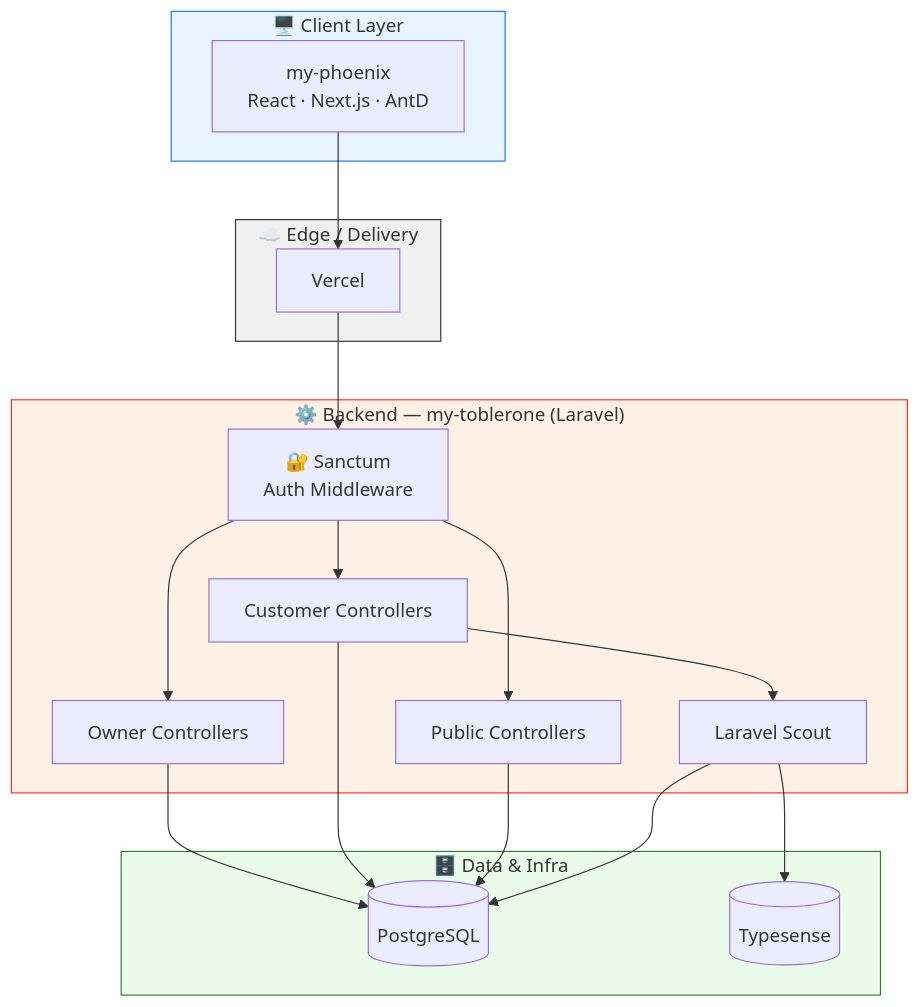
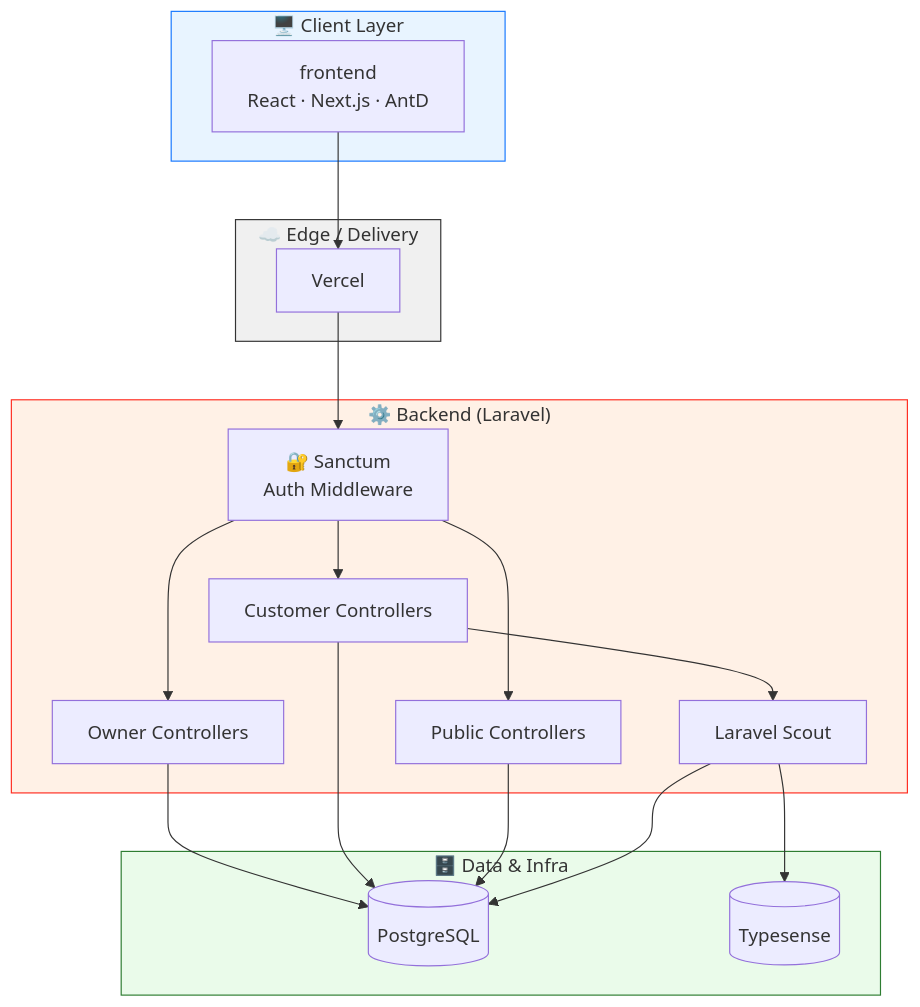
The first of 4 diagrams in README.md (azfarnayyan-dubizzle/TableSetter), drawn with Mermaid before and after one commit. The commit also changed other lines of this file and 144 other files, not shown here.

````diff
--- a/README.md
+++ b/README.md
@@ -91,38 +89,38 @@
 ```mermaid
 flowchart TB
     subgraph Client["🖥️ Client Layer"]
-        A["my-phoenix<br/>React · Next.js · AntD"]
+        A["frontend<br/>React · Next.js · AntD"]
     end
 
     subgraph Edge["☁️ Edge / Delivery"]
         V["Vercel"]
     end
 
-    subgraph API["⚙️ Backend — my-toblerone (Laravel)"]
+    subgraph API["⚙️ Backend (Laravel)"]
         S["🔐 Sanctum<br/>Auth Middleware"]
         C1["Owner Controllers"]
         C2["Customer Controllers"]
         C3["Public Controllers"]
         Scout["Laravel Scout"]
     end
 
     subgraph Data["🗄️ Data & Infra"]
         PG[("PostgreSQL")]
         TS[("Typesense")]
     end
 
     A --> V --> S
     S --> C1
     S --> C2
     S --> C3
     C1 --> PG
     C2 --> PG
     C3 --> PG
     C2 --> Scout --> TS
     Scout --> PG
 
     style Client fill:#e8f4ff,stroke:#1677ff
     style Edge fill:#f0f0f0,stroke:#333
     style API fill:#fff1e6,stroke:#ff2d20
     style Data fill:#eafbea,stroke:#2e7d32
 ```
````
